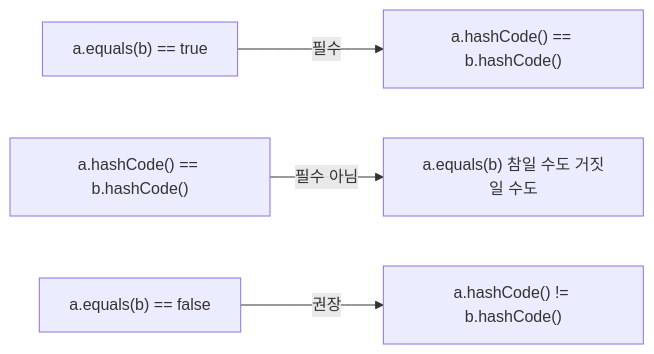
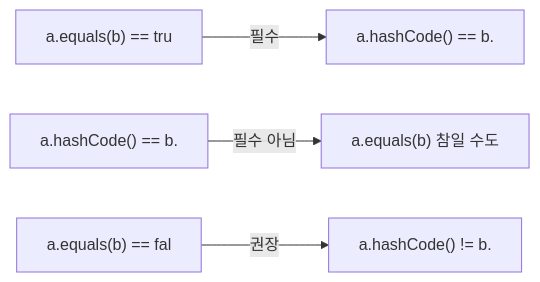
The second of 4 diagrams in _posts/effective_java/2026-05-03-effective-java-common-methods.md (yjkim2015/yjkim2015.github.io), drawn with Mermaid before and after one commit. The commit also changed other lines of this file and 271 other files, not shown here.

First line of the commit message:
Mermaid 라벨 축소: 긴 노드 텍스트 18자 이하로 트림 + \n 제거

````diff
--- a/_posts/effective_java/2026-05-03-effective-java-common-methods.md
+++ b/_posts/effective_java/2026-05-03-effective-java-common-methods.md
@@ -109,6 +109,6 @@
 ```mermaid
 flowchart LR
-    A["a.equals(b) == true"] -->|"필수"| B["a.hashCode() == b.hashCode()"]
-    C["a.hashCode() == b.hashCode()"] -->|"필수 아님"| D["a.equals(b) 참일 수도 거짓일 수도"]
-    E["a.equals(b) == false"] -->|"권장"| F["a.hashCode() != b.hashCode()"]
+    A["a.equals(b) == tru"] -->|"필수"| B["a.hashCode() == b."]
+    C["a.hashCode() == b."] -->|"필수 아님"| D["a.equals(b) 참일 수도"]
+    E["a.equals(b) == fal"] -->|"권장"| F["a.hashCode() != b."]
 ```
````
